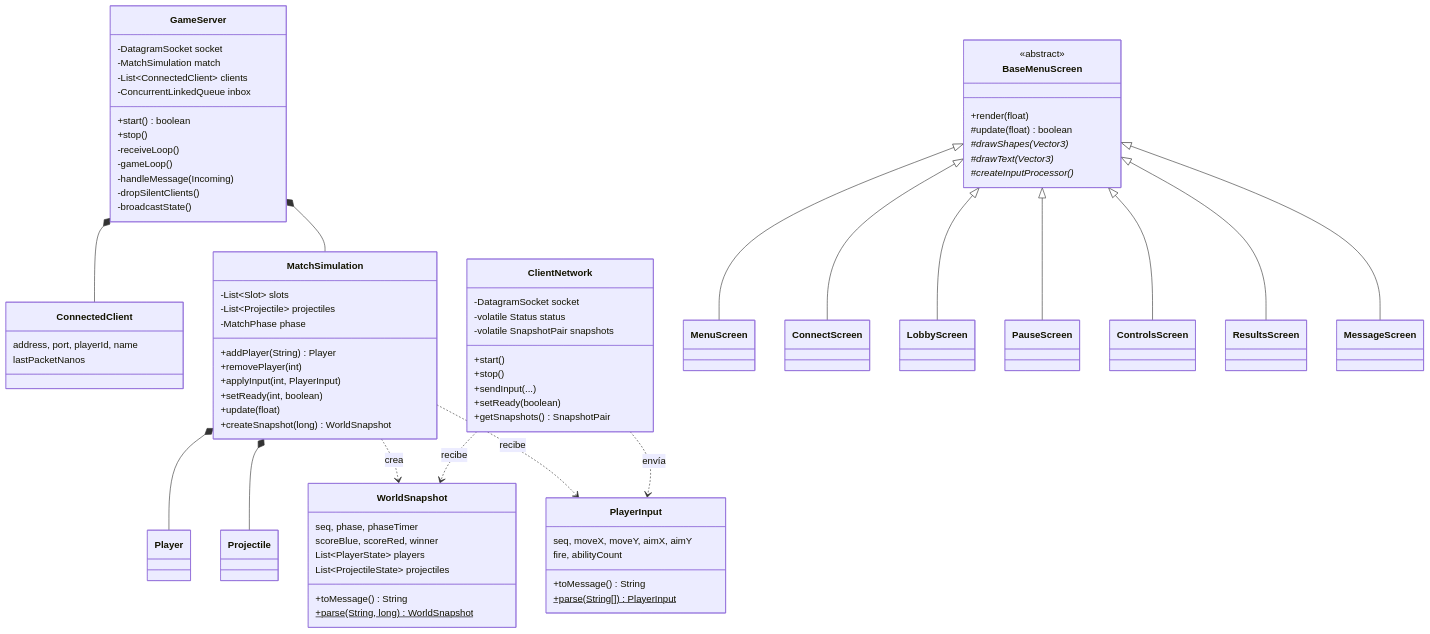
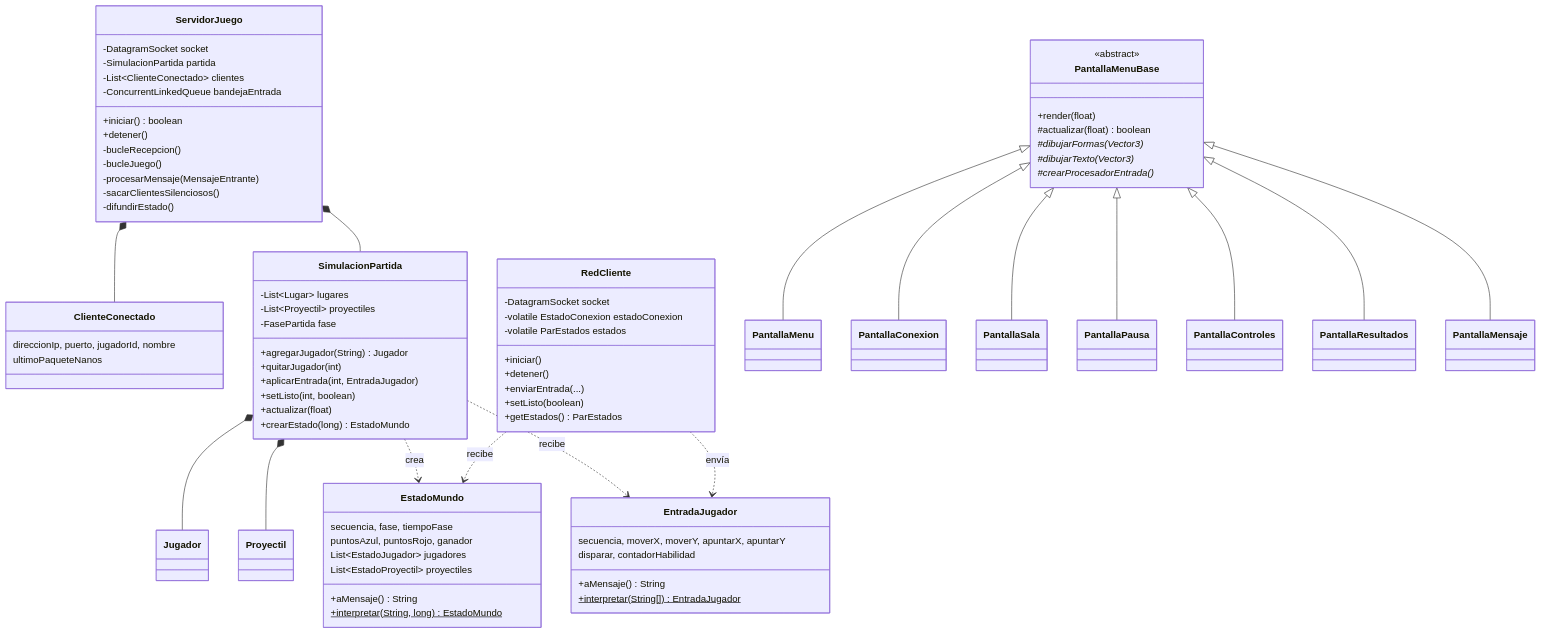
The fourth of 4 diagrams in docs/arquitectura-red.md (FacuScardaoni/OverZoneScardaoni), drawn with Mermaid before and after one commit. The commit also changed other lines of this file and 77 other files, not shown here.

````diff
--- a/docs/arquitectura-red.md
+++ b/docs/arquitectura-red.md
@@ -173,79 +173,79 @@
 ```mermaid
 classDiagram
-    class GameServer {
+    class ServidorJuego {
         -DatagramSocket socket
-        -MatchSimulation match
-        -List~ConnectedClient~ clients
-        -ConcurrentLinkedQueue inbox
-        +start() boolean
-        +stop()
-        -receiveLoop()
-        -gameLoop()
-        -handleMessage(Incoming)
-        -dropSilentClients()
-        -broadcastState()
+        -SimulacionPartida partida
+        -List~ClienteConectado~ clientes
+        -ConcurrentLinkedQueue bandejaEntrada
+        +iniciar() boolean
+        +detener()
+        -bucleRecepcion()
+        -bucleJuego()
+        -procesarMensaje(MensajeEntrante)
+        -sacarClientesSilenciosos()
+        -difundirEstado()
     }
-    class ConnectedClient {
-        address, port, playerId, name
-        lastPacketNanos
+    class ClienteConectado {
+        direccionIp, puerto, jugadorId, nombre
+        ultimoPaqueteNanos
     }
-    class MatchSimulation {
-        -List~Slot~ slots
-        -List~Projectile~ projectiles
-        -MatchPhase phase
-        +addPlayer(String) Player
-        +removePlayer(int)
-        +applyInput(int, PlayerInput)
-        +setReady(int, boolean)
-        +update(float)
-        +createSnapshot(long) WorldSnapshot
+    class SimulacionPartida {
+        -List~Lugar~ lugares
+        -List~Proyectil~ proyectiles
+        -FasePartida fase
+        +agregarJugador(String) Jugador
+        +quitarJugador(int)
+        +aplicarEntrada(int, EntradaJugador)
+        +setListo(int, boolean)
+        +actualizar(float)
+        +crearEstado(long) EstadoMundo
     }
-    class ClientNetwork {
+    class RedCliente {
         -DatagramSocket socket
-        -volatile Status status
-        -volatile SnapshotPair snapshots
-        +start()
-        +stop()
-        +sendInput(...)
-        +setReady(boolean)
-        +getSnapshots() SnapshotPair
+        -volatile EstadoConexion estadoConexion
+        -volatile ParEstados estados
+        +iniciar()
+        +detener()
+        +enviarEntrada(...)
+        +setListo(boolean)
+        +getEstados() ParEstados
     }
-    class WorldSnapshot {
-        seq, phase, phaseTimer
-        scoreBlue, scoreRed, winner
-        List~PlayerState~ players
-        List~ProjectileState~ projectiles
-        +toMessage() String
-        +parse(String, long)$ WorldSnapshot
+    class EstadoMundo {
+        secuencia, fase, tiempoFase
+        puntosAzul, puntosRojo, ganador
+        List~EstadoJugador~ jugadores
+        List~EstadoProyectil~ proyectiles
+        +aMensaje() String
+        +interpretar(String, long)$ EstadoMundo
     }
-    class PlayerInput {
-        seq, moveX, moveY, aimX, aimY
-        fire, abilityCount
-        +toMessage() String
-        +parse(String[])$ PlayerInput
+    class EntradaJugador {
+        secuencia, moverX, moverY, apuntarX, apuntarY
+        disparar, contadorHabilidad
+        +aMensaje() String
+        +interpretar(String[])$ EntradaJugador
     }
-    class BaseMenuScreen {
+    class PantallaMenuBase {
         <<abstract>>
         +render(float)
-        #update(float) boolean
-        #drawShapes(Vector3)*
-        #drawText(Vector3)*
-        #createInputProcessor()*
+        #actualizar(float) boolean
+        #dibujarFormas(Vector3)*
+        #dibujarTexto(Vector3)*
+        #crearProcesadorEntrada()*
     }
 
-    GameServer *-- ConnectedClient
-    GameServer *-- MatchSimulation
-    MatchSimulation *-- Player
-    MatchSimulation *-- Projectile
-    MatchSimulation ..> WorldSnapshot : crea
-    MatchSimulation ..> PlayerInput : recibe
-    ClientNetwork ..> WorldSnapshot : recibe
-    ClientNetwork ..> PlayerInput : envía
-    BaseMenuScreen <|-- MenuScreen
-    BaseMenuScreen <|-- ConnectScreen
-    BaseMenuScreen <|-- LobbyScreen
-    BaseMenuScreen <|-- PauseScreen
-    BaseMenuScreen <|-- ControlsScreen
-    BaseMenuScreen <|-- ResultsScreen
-    BaseMenuScreen <|-- MessageScreen
+    ServidorJuego *-- ClienteConectado
+    ServidorJuego *-- SimulacionPartida
+    SimulacionPartida *-- Jugador
+    SimulacionPartida *-- Proyectil
+    SimulacionPartida ..> EstadoMundo : crea
+    SimulacionPartida ..> EntradaJugador : recibe
+    RedCliente ..> EstadoMundo : recibe
+    RedCliente ..> EntradaJugador : envía
+    PantallaMenuBase <|-- PantallaMenu
+    PantallaMenuBase <|-- PantallaConexion
+    PantallaMenuBase <|-- PantallaSala
+    PantallaMenuBase <|-- PantallaPausa
+    PantallaMenuBase <|-- PantallaControles
+    PantallaMenuBase <|-- PantallaResultados
+    PantallaMenuBase <|-- PantallaMensaje
 ```
````
